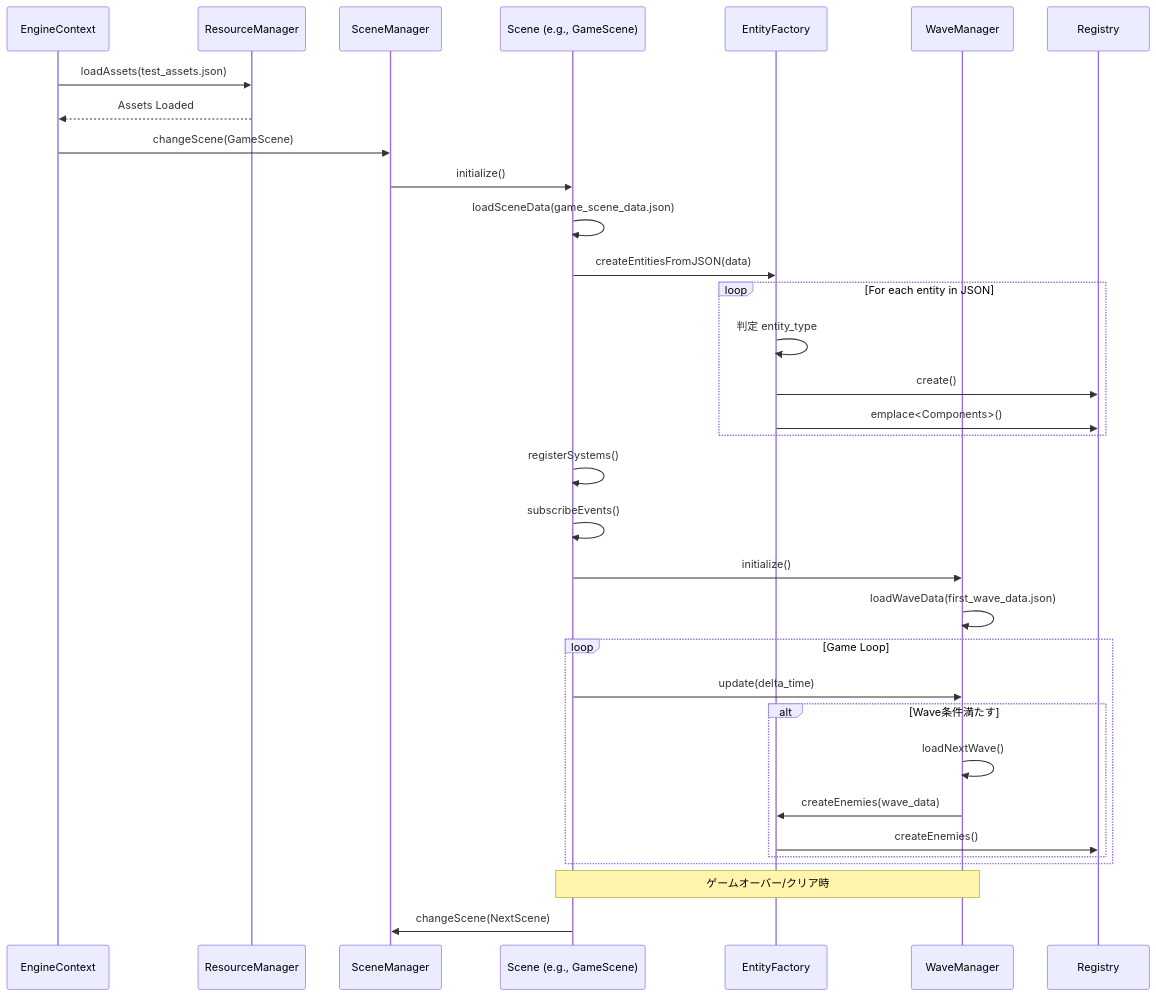
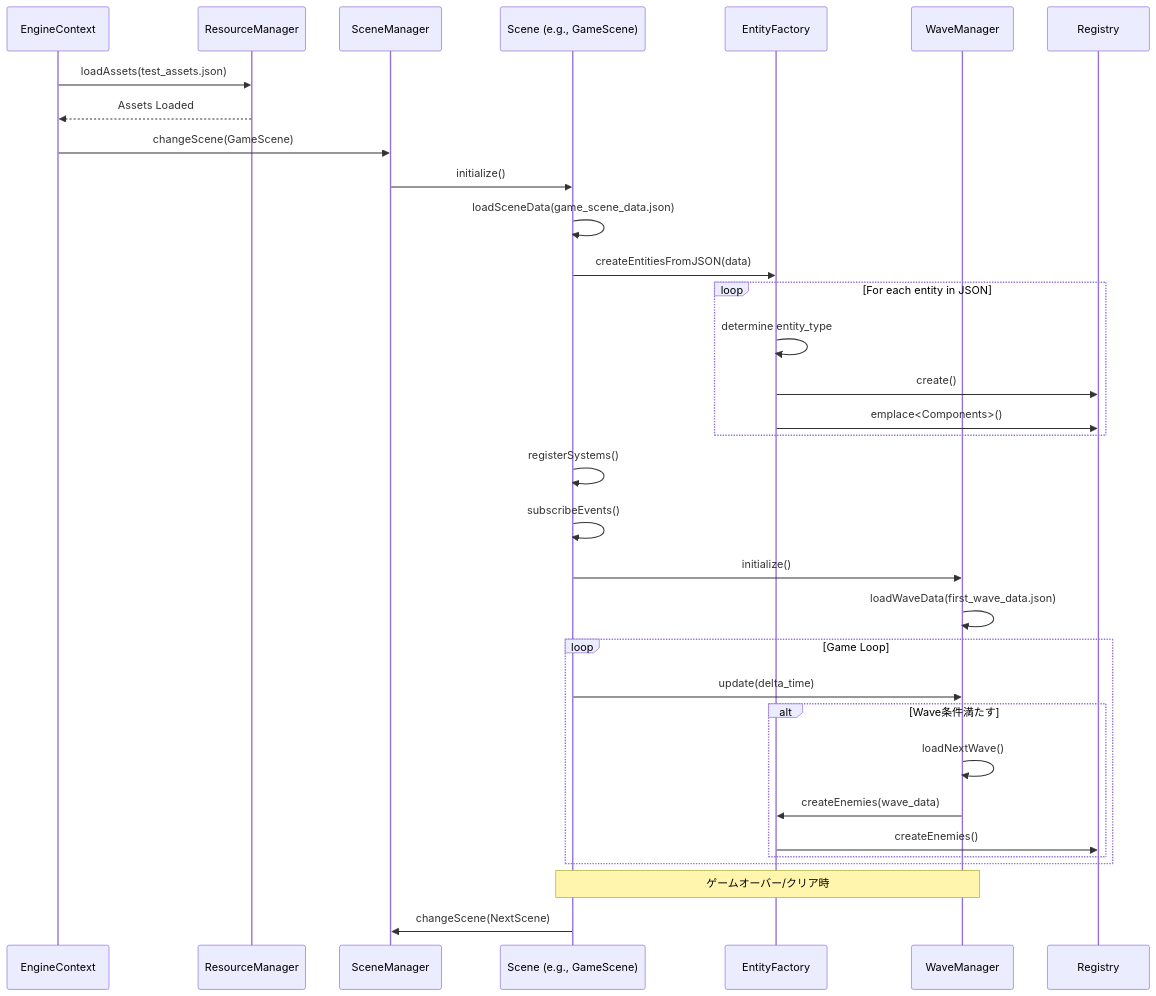
Before and after one commit to Siegward-of-Catarina/ShootingGame: the seventh of 9 diagrams in docs/architecture.md, drawn with Mermaid. The commit also changed other lines of this file, not shown here.

Commit message:
Improve architecture diagram clarity and consistency

````diff
--- a/docs/architecture.md
+++ b/docs/architecture.md
@@ -514,44 +514,44 @@
 ```mermaid
 sequenceDiagram
     participant Engine as EngineContext
     participant RM as ResourceManager
     participant SM as SceneManager
     participant Scene as Scene (e.g., GameScene)
     participant EF as EntityFactory
     participant WM as WaveManager
     participant Reg as Registry
     
     Engine->>RM: loadAssets(test_assets.json)
     RM-->>Engine: Assets Loaded
     
     Engine->>SM: changeScene(GameScene)
     SM->>Scene: initialize()
     
     Scene->>Scene: loadSceneData(game_scene_data.json)
     Scene->>EF: createEntitiesFromJSON(data)
     
     loop For each entity in JSON
-        EF->>EF: 判定 entity_type
+        EF->>EF: determine entity_type
         EF->>Reg: create()
         EF->>Reg: emplace<Components>()
     end
     
     Scene->>Scene: registerSystems()
     Scene->>Scene: subscribeEvents()
     
     Scene->>WM: initialize()
     WM->>WM: loadWaveData(first_wave_data.json)
     
     loop Game Loop
         Scene->>WM: update(delta_time)
         
         alt Wave条件満たす
             WM->>WM: loadNextWave()
             WM->>EF: createEnemies(wave_data)
             EF->>Reg: createEnemies()
         end
     end
     
     Note over Scene,WM: ゲームオーバー/クリア時
     Scene->>SM: changeScene(NextScene)
 ```
````
